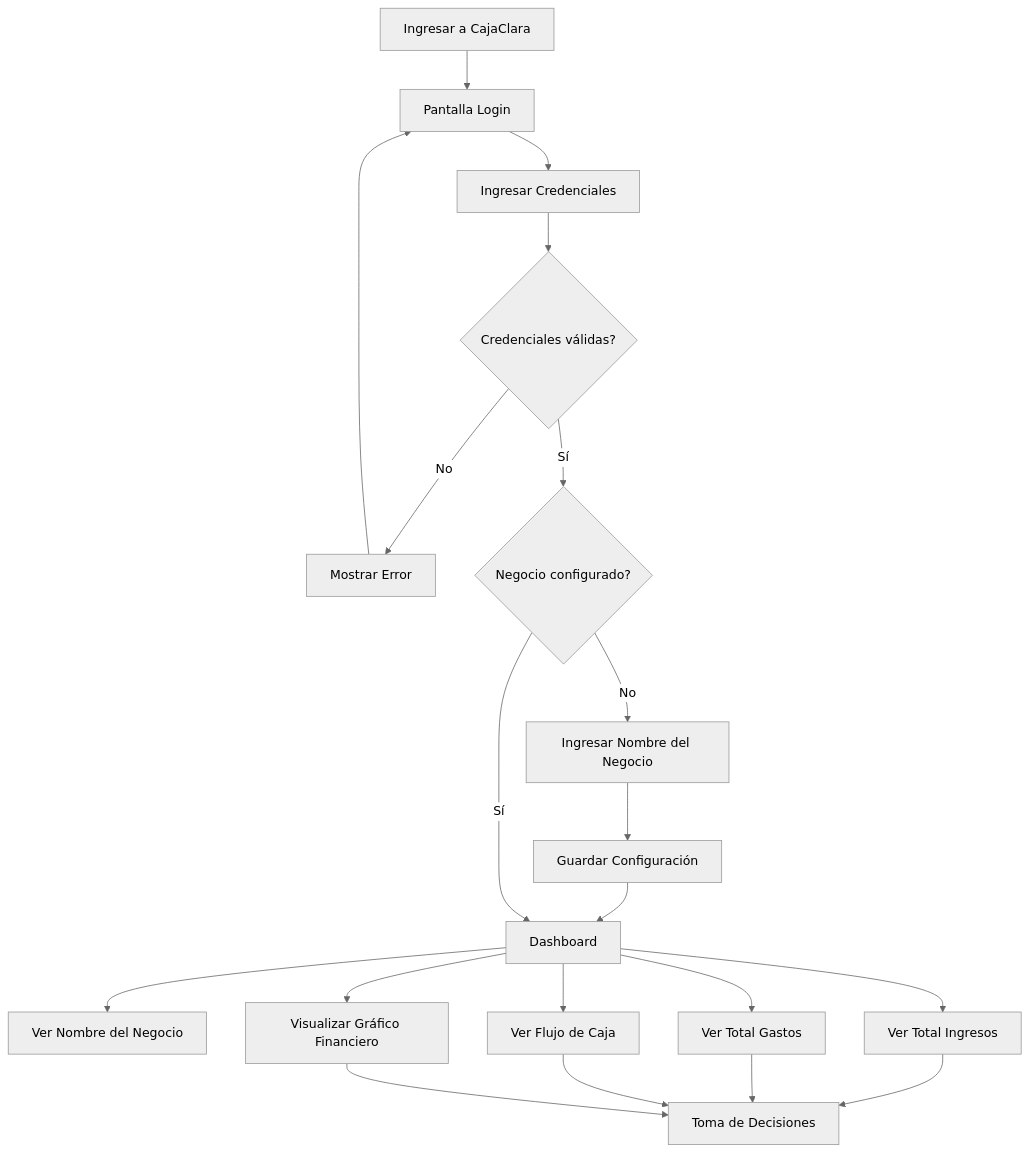
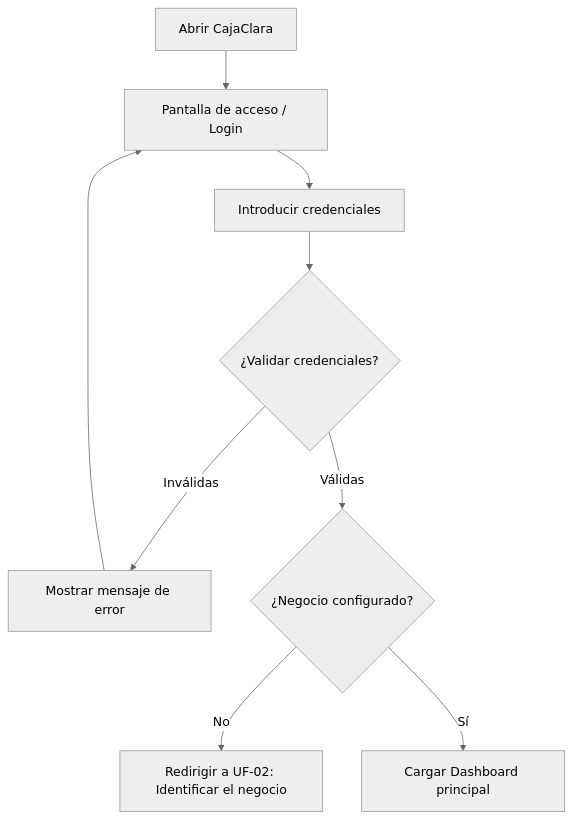
Before and after one commit to RonnieRBG/td_cajaclara: the first of 11 diagrams in ux/user-flows/userflows-cajaclara.md, drawn with Mermaid (neutral theme). The commit also changed other lines of this file, not shown here.

Commit message:
Se actualiza user flows

````diff
--- a/ux/user-flows/userflows-cajaclara.md
+++ b/ux/user-flows/userflows-cajaclara.md
@@ -15,31 +43,11 @@
 ```mermaid
 flowchart TD
-    A[Ingresar a CajaClara] --> B[Pantalla Login]
-
-    B --> C[Ingresar Credenciales]
-
-    C --> D{Credenciales válidas?}
-
-    D -->|No| E[Mostrar Error]
+    A[Abrir CajaClara] --> B[Pantalla de acceso / Login]
+    B --> C[Introducir credenciales]
+    C --> D{¿Validar credenciales?}
+    D -->|Inválidas| E[Mostrar mensaje de error]
     E --> B
-
-    D -->|Sí| F{Negocio configurado?}
-
-    F -->|No| G[Ingresar Nombre del Negocio]
-    G --> H[Guardar Configuración]
-    H --> I[Dashboard]
-
-    F -->|Sí| I[Dashboard]
-
-    I --> J[Ver Nombre del Negocio]
-
-    I --> K[Ver Total Ingresos]
-    I --> L[Ver Total Gastos]
-    I --> M[Ver Flujo de Caja]
-    I --> N[Visualizar Gráfico Financiero]
-
-    K --> O[Toma de Decisiones]
-    L --> O
-    M --> O
-    N --> O
+    D -->|Válidas| F{¿Negocio configurado?}
+    F -->|No| G[Redirigir a UF-02: Identificar el negocio]
+    F -->|Sí| H[Cargar Dashboard principal]
 ```
````
